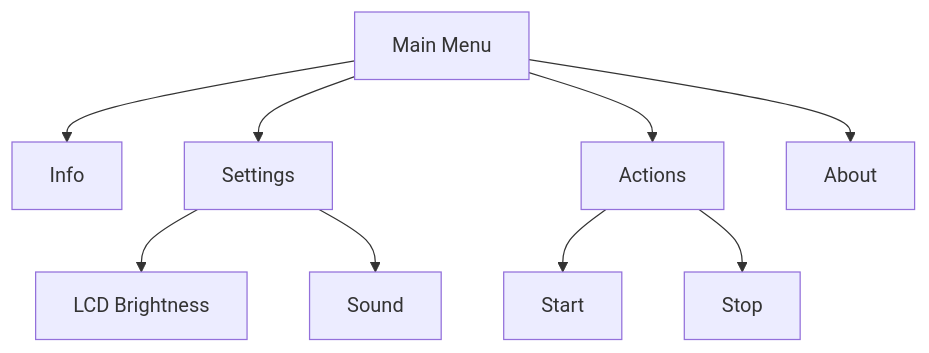
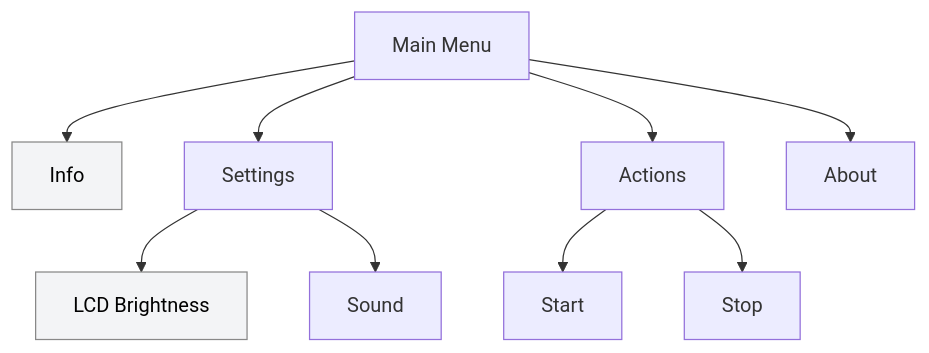
Before and after one commit to niwciu/MENU_LIB: the second of 2 diagrams in docs/getting_started.md, drawn with Mermaid. The commit also changed other lines of this file, not shown here.

````diff
--- a/docs/getting_started.md
+++ b/docs/getting_started.md
@@ -263,14 +278,19 @@
 ```mermaid
 graph TD
     A[Main Menu]
+
     A --> B[Info]
     A --> C[Settings]
     A --> D[Actions]
     A --> E[About]
 
     C --> C1[LCD Brightness]
     C --> C2[Sound]
 
     D --> D1[Start]
     D --> D2[Stop]
+
+    %% --- Klasy / style ---
+    classDef highlight fill:#f3f4f6,stroke:#888,stroke-width:1px,color:#000;
+    class B,C1 highlight;
 ```
````
